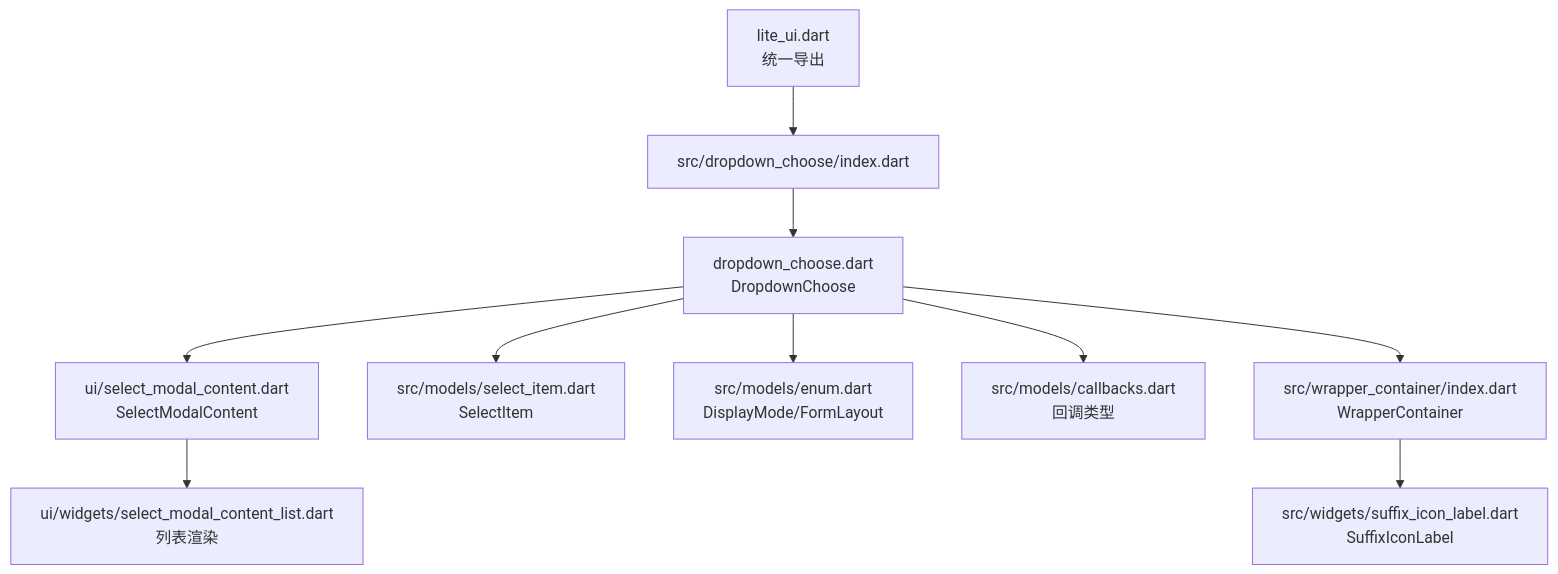
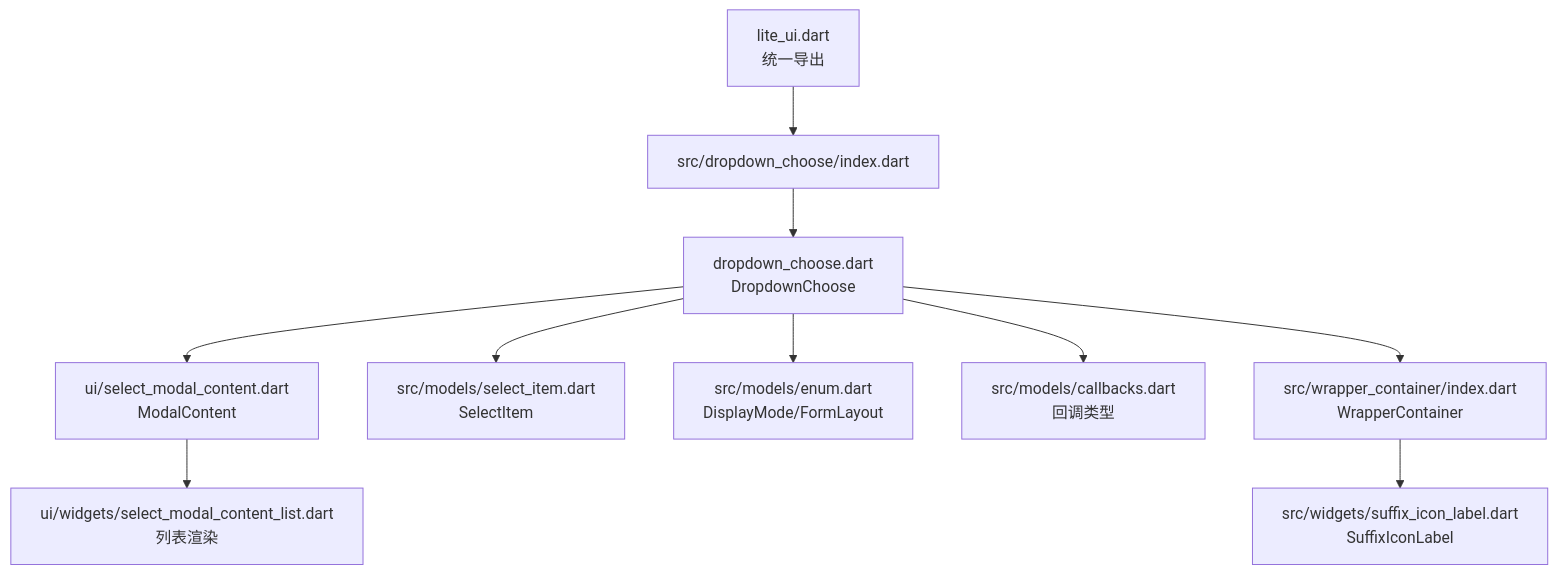
The first of 6 diagrams in .qoder/repowiki/zh/content/高级组件/下拉选择器.md (yuzhido/lite-ui), drawn with Mermaid before and after one commit. The commit also changed other lines of this file and 16 other files, not shown here.

````diff
--- a/.qoder/repowiki/zh/content/高级组件/下拉选择器.md
+++ b/.qoder/repowiki/zh/content/高级组件/下拉选择器.md
@@ -52,12 +58,12 @@
 ```mermaid
 graph TB
 A["lite_ui.dart<br/>统一导出"] --> B["src/dropdown_choose/index.dart"]
 B --> C["dropdown_choose.dart<br/>DropdownChoose"]
-C --> D["ui/select_modal_content.dart<br/>SelectModalContent"]
+C --> D["ui/select_modal_content.dart<br/>ModalContent"]
 D --> E["ui/widgets/select_modal_content_list.dart<br/>列表渲染"]
 C --> F["src/models/select_item.dart<br/>SelectItem"]
 C --> G["src/models/enum.dart<br/>DisplayMode/FormLayout"]
 C --> H["src/models/callbacks.dart<br/>回调类型"]
 C --> I["src/wrapper_container/index.dart<br/>WrapperContainer"]
 I --> J["src/widgets/suffix_icon_label.dart<br/>SuffixIconLabel"]
 ```
````
